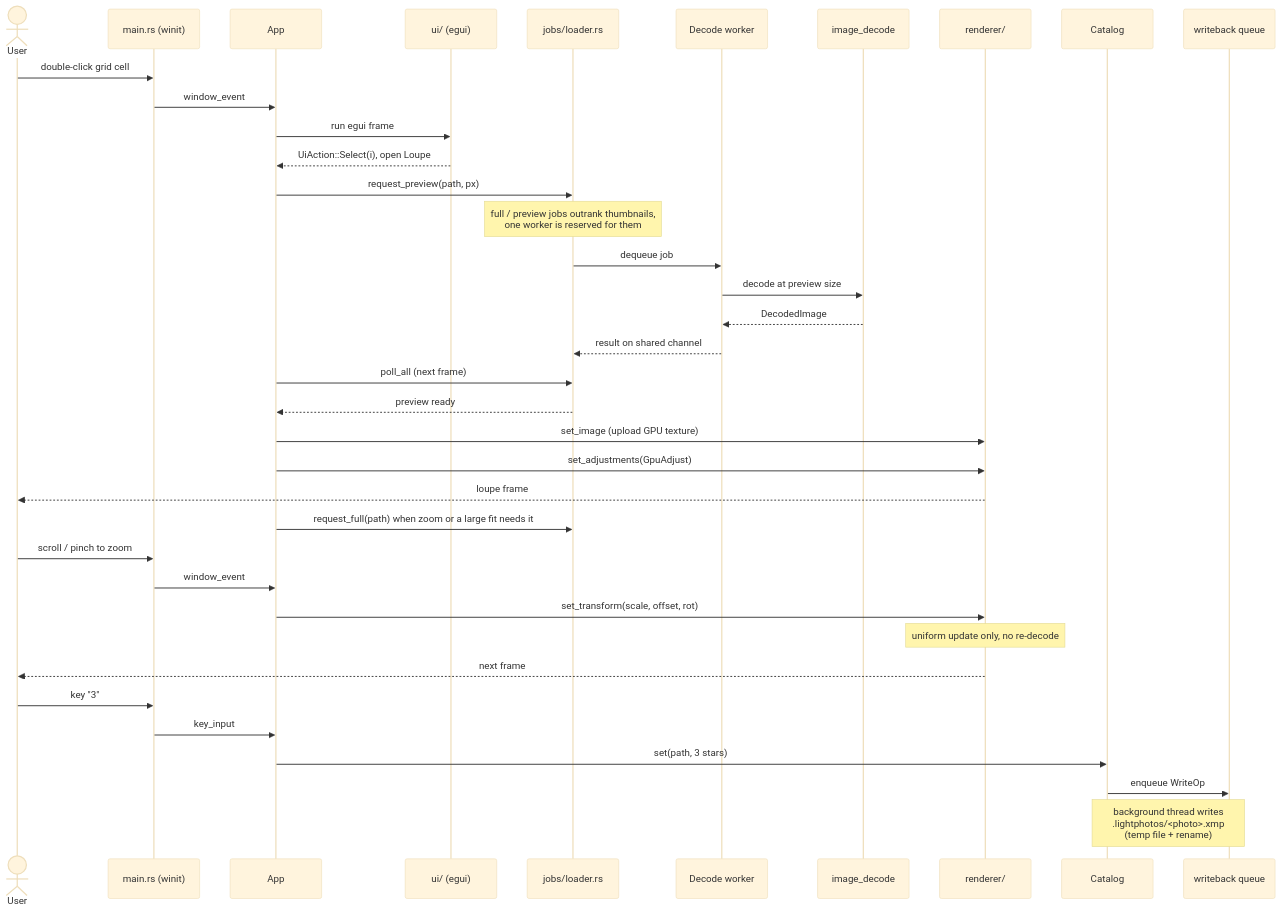
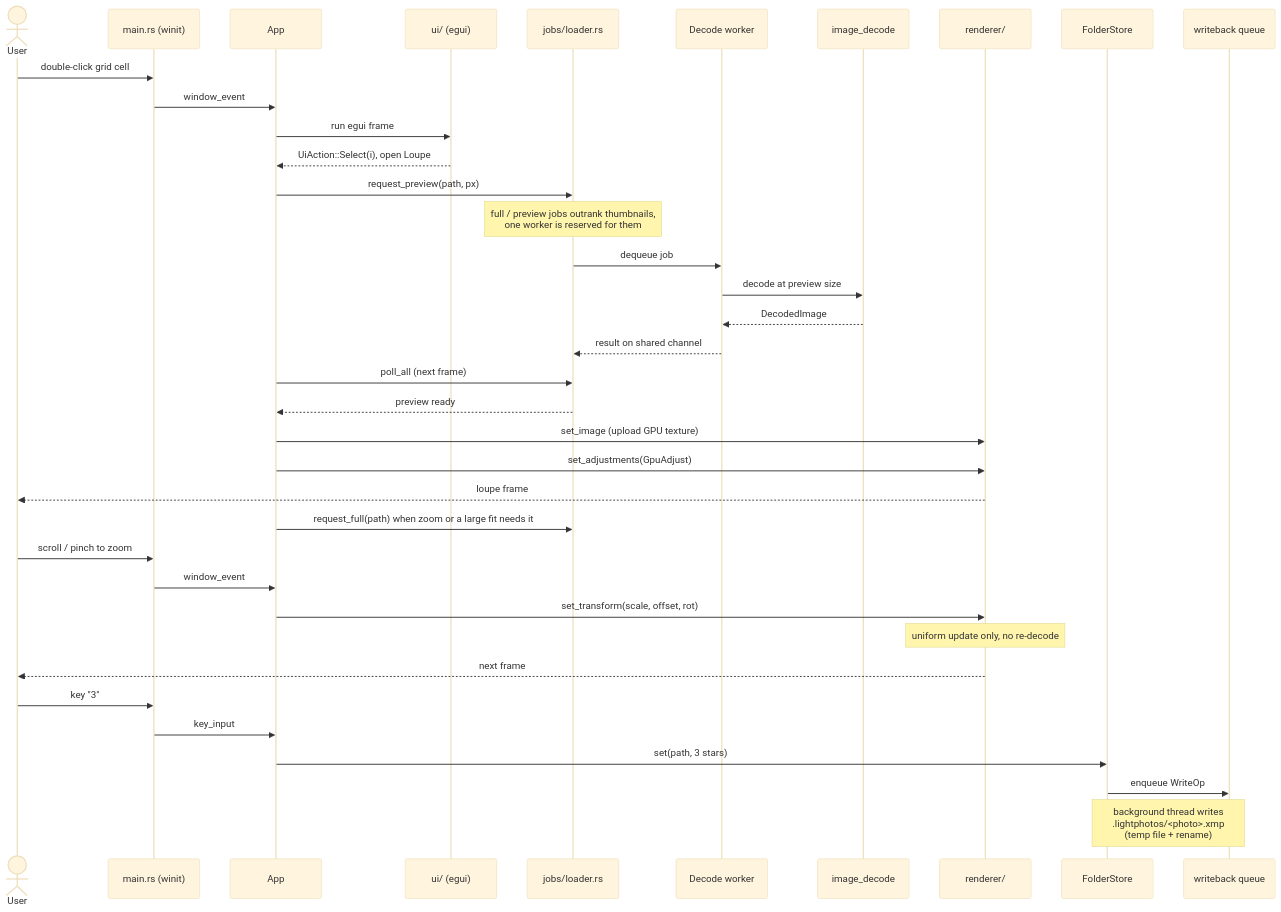
One commit to andrewyao/lightphotos changed the second of 2 diagrams in docs/SYSTEM_DIAGRAM.md. Above: the diagram before and after it, drawn with Mermaid (base theme). The commit also changed other lines of this file and 46 other files, not shown here.

First line of the commit message:
refactor(persist): Rename the per-folder Catalog to FolderStore

````diff
--- a/docs/SYSTEM_DIAGRAM.md
+++ b/docs/SYSTEM_DIAGRAM.md
@@ -195,42 +195,42 @@
 ```mermaid
 sequenceDiagram
     actor U as User
     participant M as main.rs (winit)
     participant A as App
     participant UI as ui/ (egui)
     participant L as jobs/loader.rs
     participant W as Decode worker
     participant D as image_decode
     participant R as renderer/
-    participant C as Catalog
+    participant C as FolderStore
     participant Q as writeback queue
 
     U->>M: double-click grid cell
     M->>A: window_event
     A->>UI: run egui frame
     UI-->>A: UiAction::Select(i), open Loupe
     A->>L: request_preview(path, px)
     Note over L: full / preview jobs outrank thumbnails,<br/>one worker is reserved for them
     L->>W: dequeue job
     W->>D: decode at preview size
     D-->>W: DecodedImage
     W-->>L: result on shared channel
     A->>L: poll_all (next frame)
     L-->>A: preview ready
     A->>R: set_image (upload GPU texture)
     A->>R: set_adjustments(GpuAdjust)
     R-->>U: loupe frame
     A->>L: request_full(path) when zoom or a large fit needs it
 
     U->>M: scroll / pinch to zoom
     M->>A: window_event
     A->>R: set_transform(scale, offset, rot)
     Note over R: uniform update only, no re-decode
     R-->>U: next frame
 
     U->>M: key "3"
     M->>A: key_input
     A->>C: set(path, 3 stars)
     C->>Q: enqueue WriteOp
     Note over C,Q: background thread writes<br/>.lightphotos/<photo>.xmp<br/>(temp file + rename)
 ```
````
